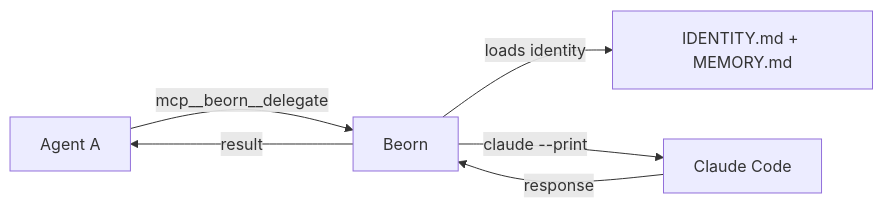
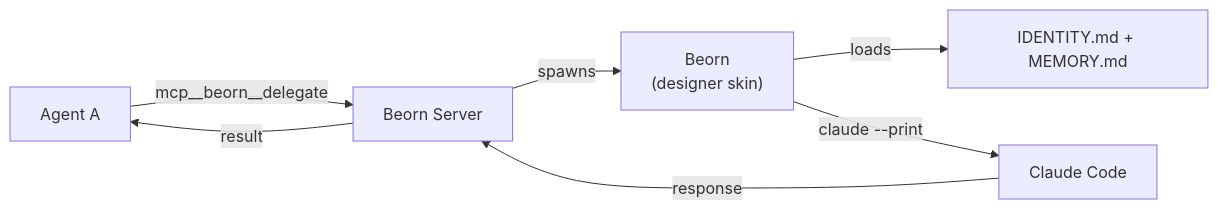
Before and after one commit to Kord96/kordinate: the diagram in docs/framework/beorn.md, drawn with Mermaid. The commit also changed other lines of this file and 3 other files, not shown here.

````diff
--- a/docs/framework/beorn.md
+++ b/docs/framework/beorn.md
@@ -5,8 +5,9 @@
 ```mermaid
 flowchart LR
-    A1[Agent A] -->|mcp__beorn__delegate| B[Beorn]
-    B -->|loads identity| I["IDENTITY.md + MEMORY.md"]
+    A1[Agent A] -->|mcp__beorn__delegate| BS[Beorn Server]
+    BS -->|spawns| B["Beorn\n(designer skin)"]
+    B -->|loads| I["IDENTITY.md + MEMORY.md"]
     B -->|claude --print| C[Claude Code]
-    C -->|response| B
-    B -->|result| A1
+    C -->|response| BS
+    BS -->|result| A1
 ```
````
